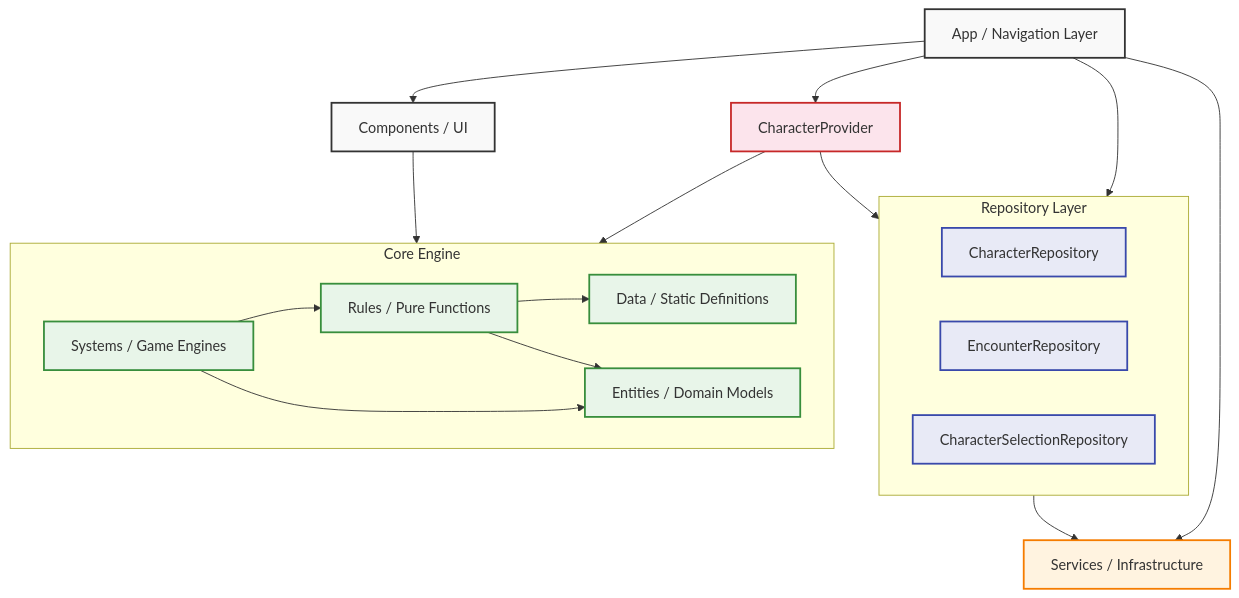
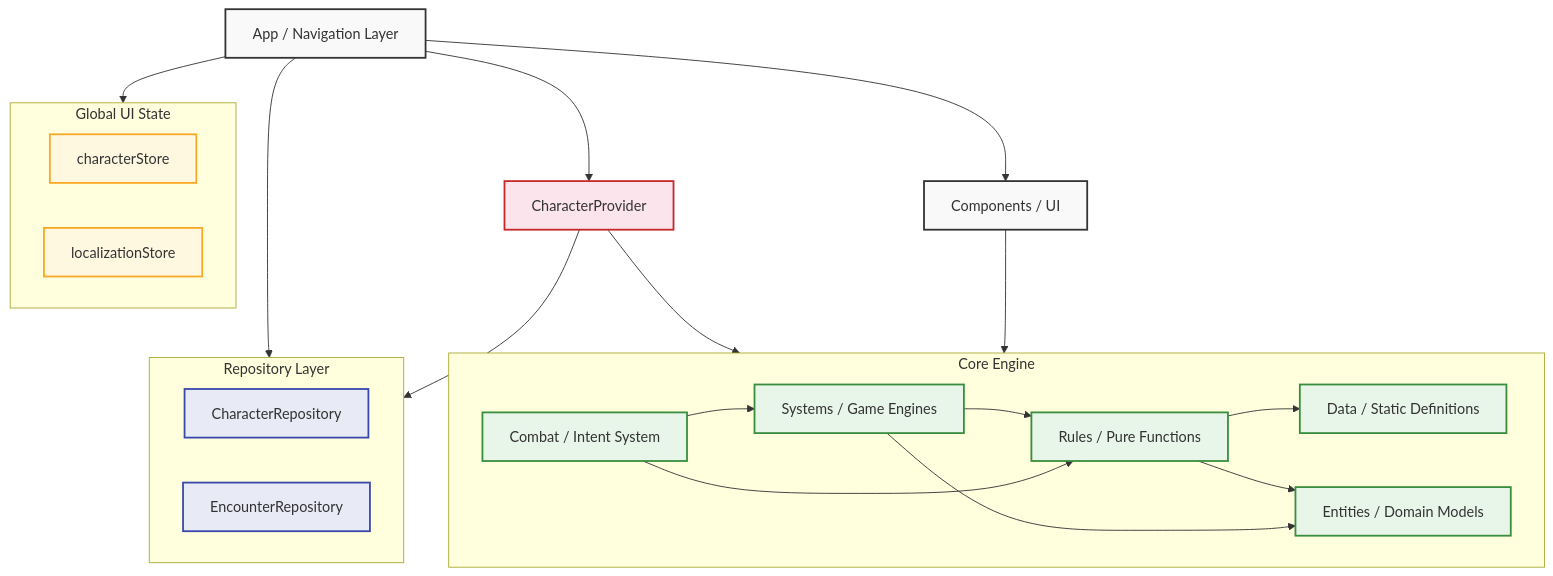
The diagram in docs/architecture.md (JaredReyes107/DnD-Companion), drawn with Mermaid before and after one commit. The commit also changed other lines of this file and 241 other files, not shown here.

````diff
--- a/docs/architecture.md
+++ b/docs/architecture.md
@@ -9,48 +7,51 @@
 ```mermaid
 graph TD
     %% Define Layers
     App[App / Navigation Layer]:::uiLayer
     Components[Components / UI]:::uiLayer
     Provider[CharacterProvider]:::providerLayer
 
     subgraph Repositories [Repository Layer]
         CRepo[CharacterRepository]:::repoLayer
         ERepo[EncounterRepository]:::repoLayer
-        SRepo[CharacterSelectionRepository]:::repoLayer
     end
 
-    Services[Services / Infrastructure]:::infraLayer
+    subgraph Store [Global UI State]
+        CharStore[characterStore]:::storeLayer
+        LocStore[localizationStore]:::storeLayer
+    end
 
-    %% Core Subsystems
     subgraph Core [Core Engine]
         Data[Data / Static Definitions]:::coreLayer
         Entities[Entities / Domain Models]:::coreLayer
         Rules[Rules / Pure Functions]:::coreLayer
         Systems[Systems / Game Engines]:::coreLayer
+        Combat[Combat / Intent System]:::coreLayer
 
         Rules --> Entities
         Rules --> Data
         Systems --> Rules
         Systems --> Entities
+        Combat --> Rules
+        Combat --> Systems
     end
 
     %% Dependencies
     App --> Provider
+    App --> Store
     App --> Repositories
-    App --> Services
 
     Provider --> Repositories
     Provider --> Core
 
     App --> Components
     Components --> Core
 
-    Repositories --> Services
-
     %% Styling
     classDef uiLayer fill:#f9f9f9,stroke:#333,stroke-width:2px;
     classDef providerLayer fill:#fce4ec,stroke:#c62828,stroke-width:2px;
     classDef repoLayer fill:#e8eaf6,stroke:#3949ab,stroke-width:2px;
+    classDef storeLayer fill:#fff8e1,stroke:#f9a825,stroke-width:2px;
     classDef infraLayer fill:#fff3e0,stroke:#f57c00,stroke-width:2px;
     classDef coreLayer fill:#e8f5e9,stroke:#388e3c,stroke-width:2px;
 ```
````
